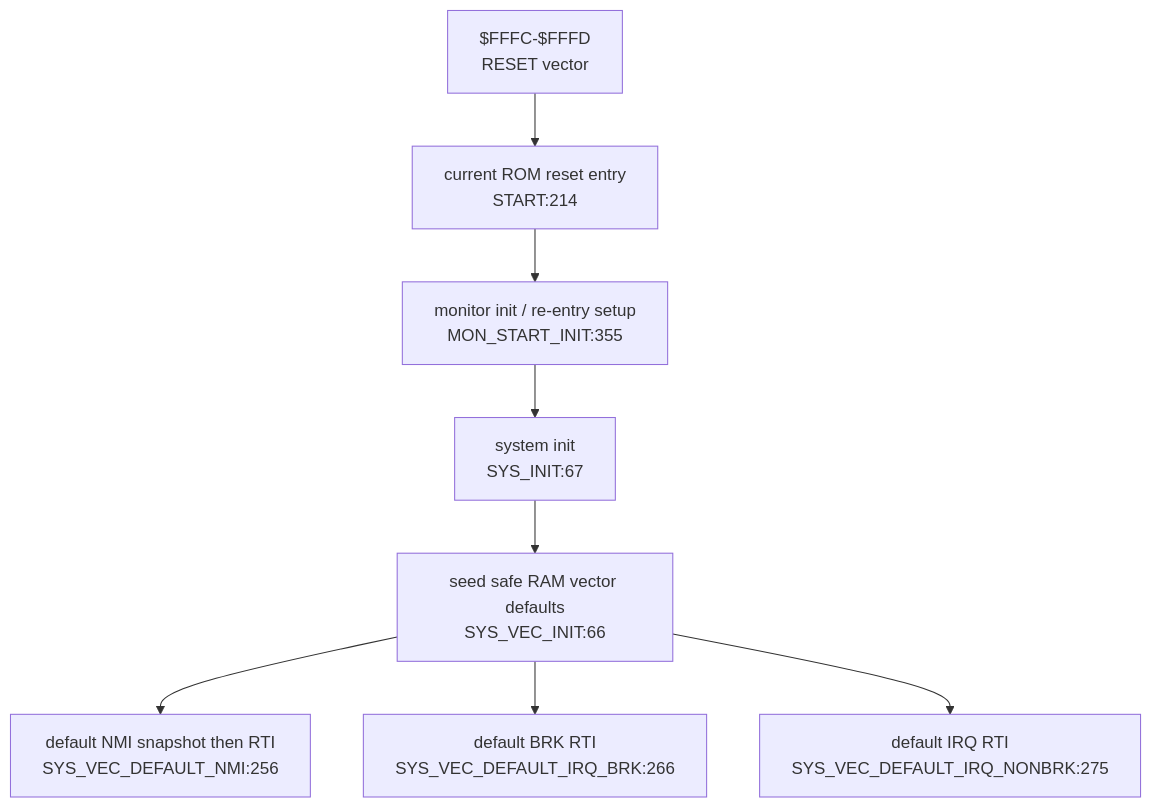
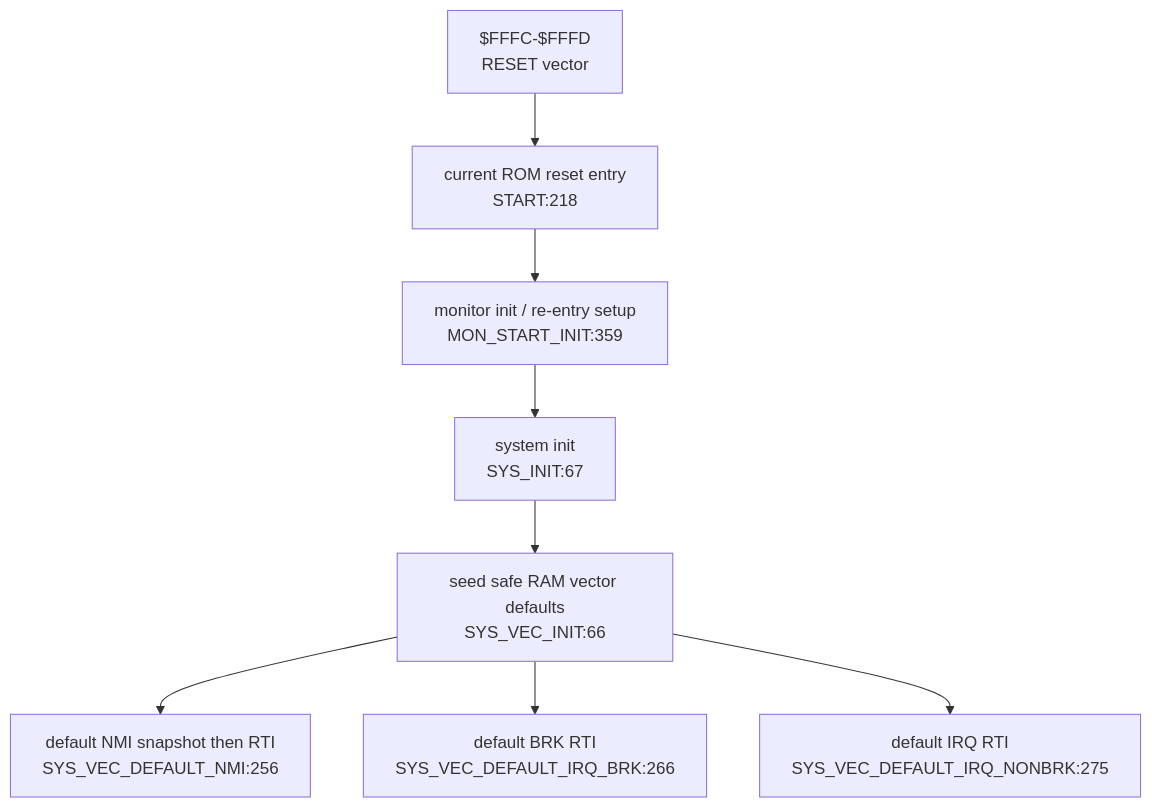
The second of 6 diagrams in DOC/GENERATED/INTERRUPT_VECTOR_MAP.md (95westus/R-YORS), drawn with Mermaid before and after one commit. The commit also changed other lines of this file and 59 other files, not shown here.

````diff
--- a/DOC/GENERATED/INTERRUPT_VECTOR_MAP.md
+++ b/DOC/GENERATED/INTERRUPT_VECTOR_MAP.md
@@ -37,10 +37,10 @@
 ```mermaid
 flowchart TD
-    RESETV["$FFFC-$FFFD<br/>RESET vector"] --> STARTN["current ROM reset entry<br/>START:214"]
-    STARTN --> INIT["monitor init / re-entry setup<br/>MON_START_INIT:355"]
+    RESETV["$FFFC-$FFFD<br/>RESET vector"] --> STARTN["current ROM reset entry<br/>START:218"]
+    STARTN --> INIT["monitor init / re-entry setup<br/>MON_START_INIT:359"]
     INIT --> SYSINIT["system init<br/>SYS_INIT:67"]
     SYSINIT --> VECINIT["seed safe RAM vector defaults<br/>SYS_VEC_INIT:66"]
     VECINIT --> DEFNMI["default NMI snapshot then RTI<br/>SYS_VEC_DEFAULT_NMI:256"]
     VECINIT --> DEFBRK["default BRK RTI<br/>SYS_VEC_DEFAULT_IRQ_BRK:266"]
     VECINIT --> DEFIRQ["default IRQ RTI<br/>SYS_VEC_DEFAULT_IRQ_NONBRK:275"]
 ```
````
